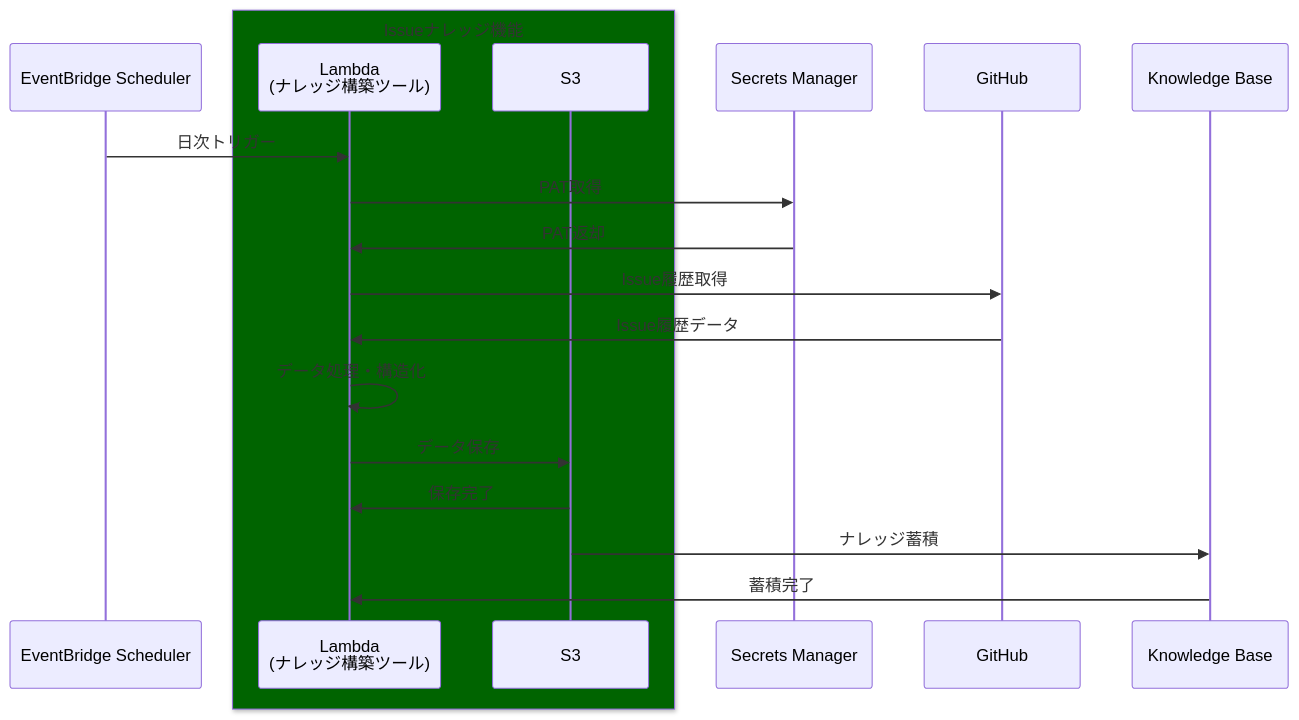
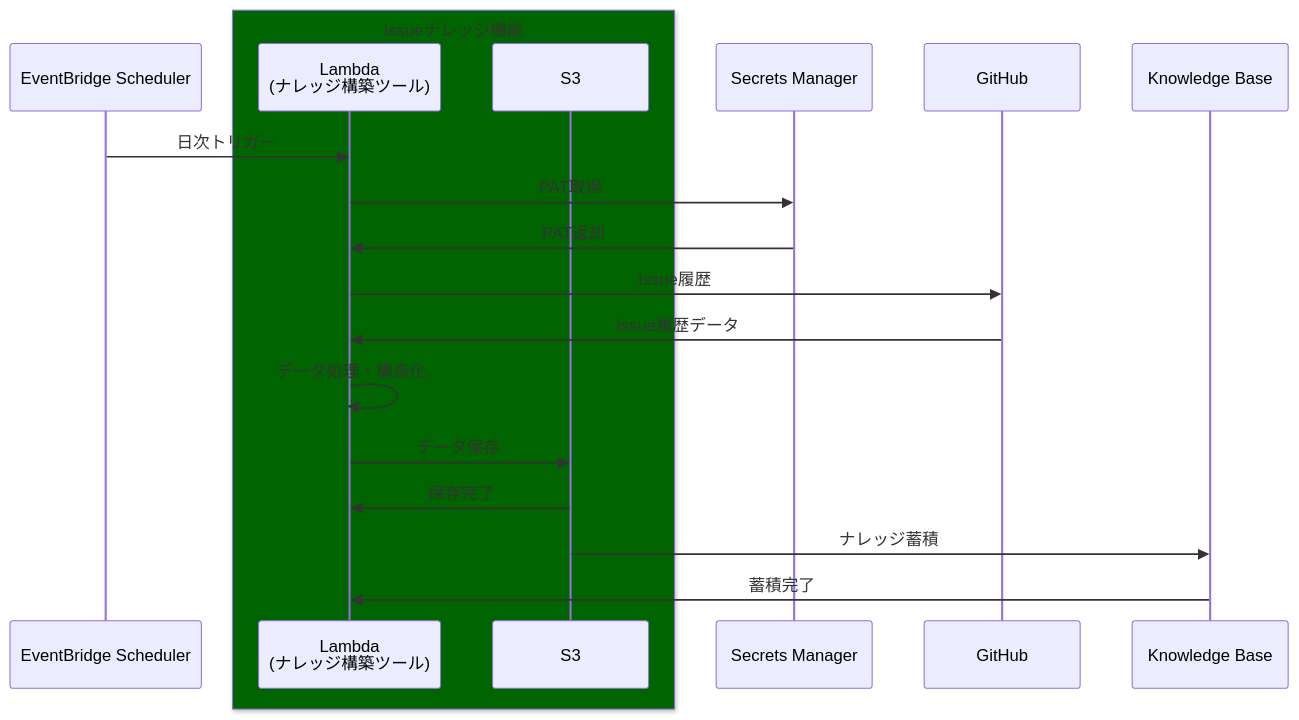
One commit to nangashi/ai-test changed the fourth of 7 diagrams in DESIGN.md. Above: the diagram before and after it, drawn with Mermaid. The commit also changed other lines of this file, not shown here.

````diff
--- a/DESIGN.md
+++ b/DESIGN.md
@@ -132,24 +132,24 @@
 ```mermaid
 sequenceDiagram
     participant ES as EventBridge Scheduler
 
     box darkgreen Issueナレッジ機能
         participant KBT as Lambda<br/>(ナレッジ構築ツール)
         participant S3 as S3
     end
 
     participant SM as Secrets Manager
     participant GH as GitHub
     participant KB as Knowledge Base
 
     ES->>KBT: 日次トリガー
     KBT->>SM: PAT取得
     SM->>KBT: PAT返却
-    KBT->>GH: Issue履歴取得
+    KBT->>GH: Issue履歴
     GH->>KBT: Issue履歴データ
     KBT->>KBT: データ処理・構造化
     KBT->>S3: データ保存
     S3->>KBT: 保存完了
     S3->>KB: ナレッジ蓄積
     KB->>KBT: 蓄積完了
 ```
````
